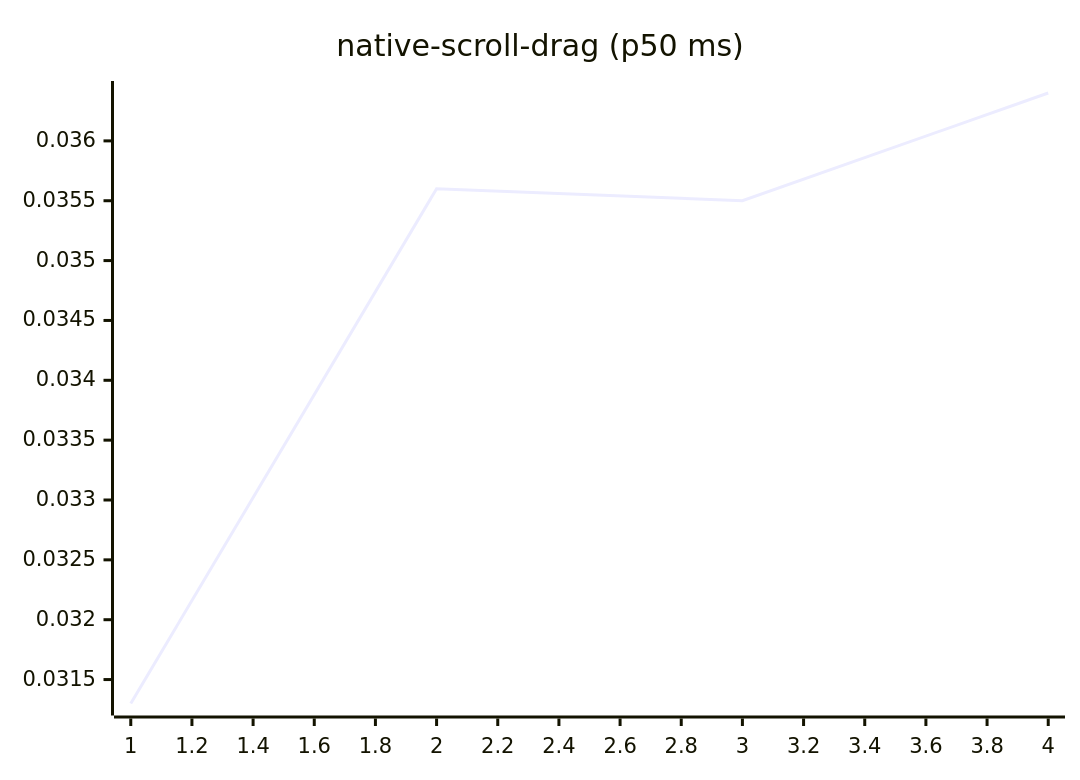
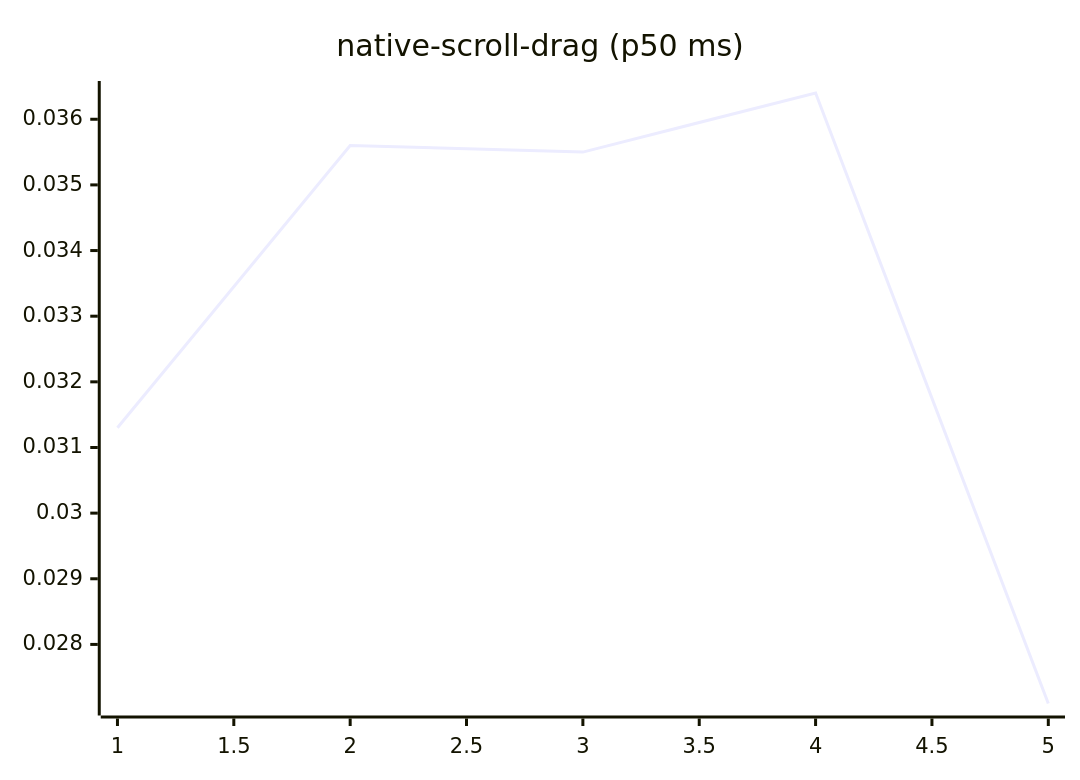
Before and after one commit to josha/Facet: diagram 14 of 27 in README.md, drawn with Mermaid. The commit also changed other lines of this file and 2 other files, not shown here.

````diff
--- a/README.md
+++ b/README.md
@@ -154,6 +154,6 @@
 ```mermaid
 xychart-beta
     title "native-scroll-drag (p50 ms)"
-    x-axis 1 --> 4
-    line [0.0313, 0.0356, 0.0355, 0.0364]
+    x-axis 1 --> 5
+    line [0.0313, 0.0356, 0.0355, 0.0364, 0.0271]
 ```
````
